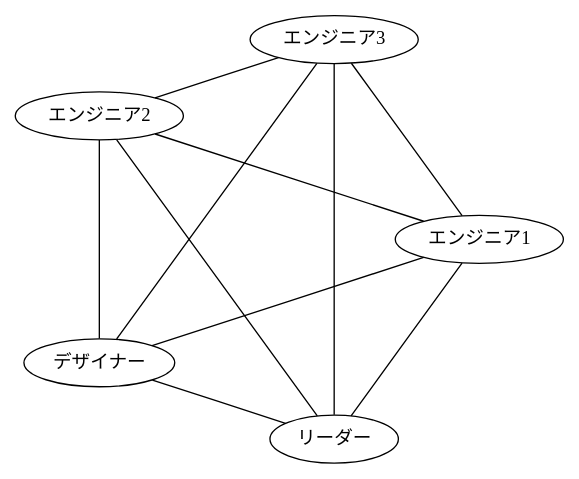
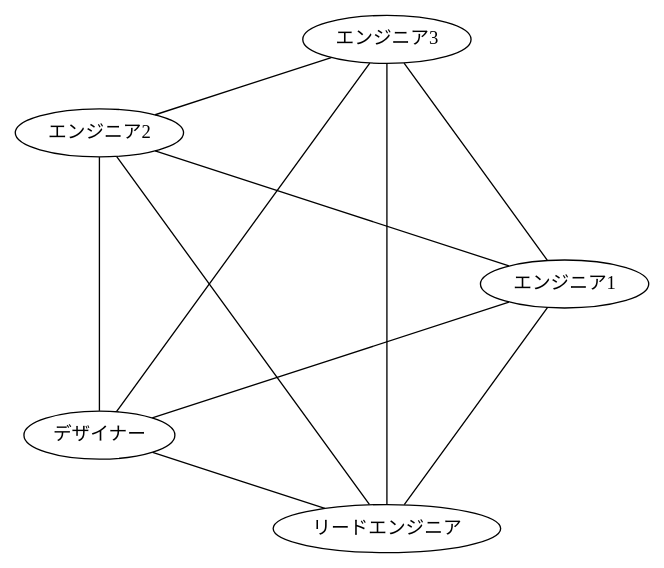
Before and after one commit to snamiki1212/myblog: the third of 3 diagrams in contents/2020-01-12_0000_diff-between-se-and-web/index.md, drawn with Graphviz. The commit also changed other lines of this file, not shown here.

````diff
--- a/contents/2020-01-12_0000_diff-between-se-and-web/index.md
+++ b/contents/2020-01-12_0000_diff-between-se-and-web/index.md
@@ -138,20 +133,20 @@
 ```dot
 digraph G{
     graph [
     layout = circo
     ]
-    リーダー -> エンジニア1 [dir=none]
-    リーダー -> エンジニア2 [dir=none]
-    リーダー -> エンジニア3 [dir=none]
-    リーダー -> デザイナー  [dir=none]
+    リードエンジニア -> エンジニア1 [dir=none]
+    リードエンジニア -> エンジニア2 [dir=none]
+    リードエンジニア -> エンジニア3 [dir=none]
+    リードエンジニア -> デザイナー  [dir=none]
 
     エンジニア1 -> エンジニア2 [dir=none]
     エンジニア1 -> エンジニア3 [dir=none]
     エンジニア1 -> デザイナー  [dir=none]
     
     エンジニア2 -> エンジニア3 [dir=none]
     エンジニア2 -> デザイナー  [dir=none]
 
     エンジニア3 -> デザイナー  [dir=none]
 }
 ```
````
